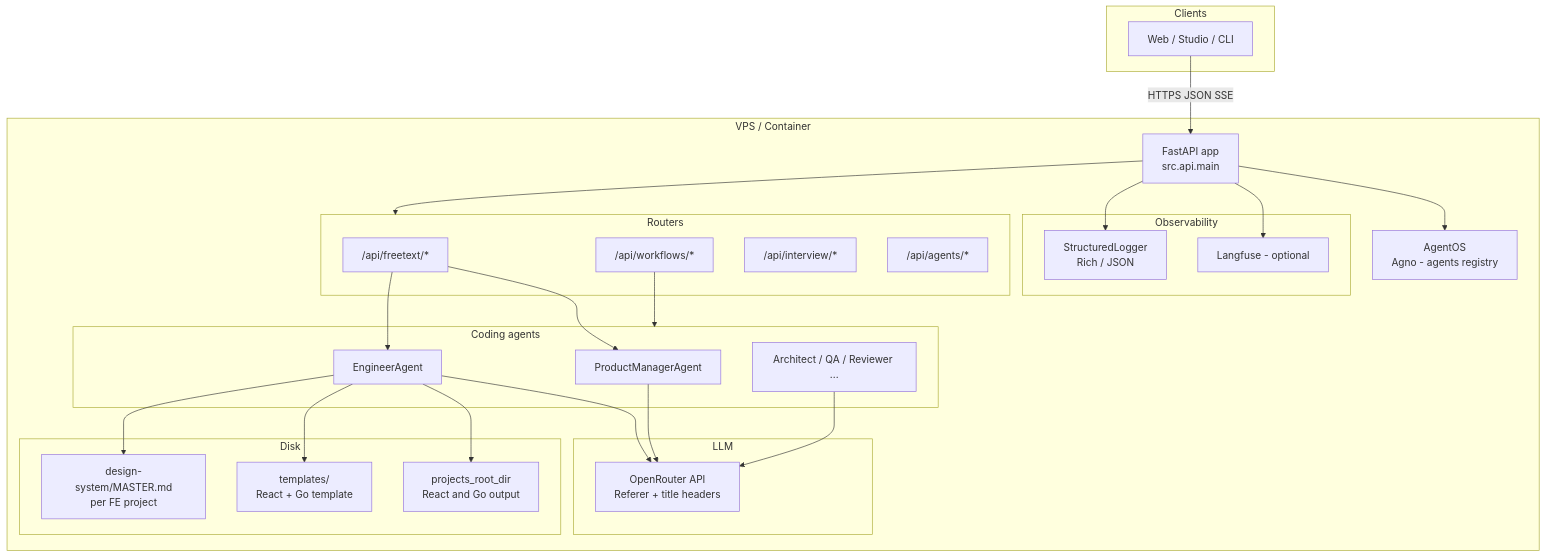
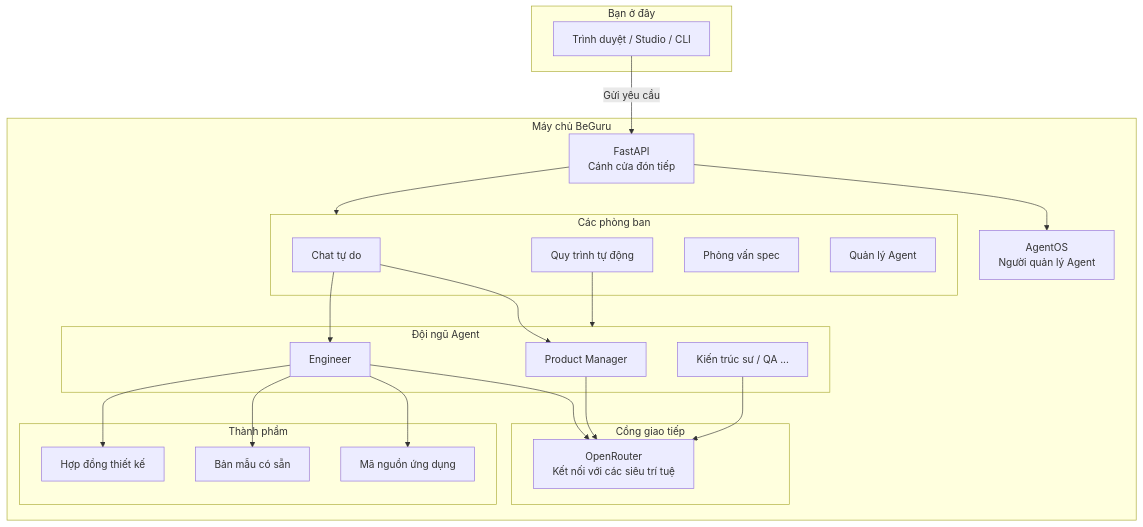
One commit to charlieviettq/charlieviettq.github.io changed the first of 3 diagrams in content/posts/beguru-ai-case-study-runtime-fastapi-agentos.md. Above: the diagram before and after it, drawn with Mermaid. The commit also changed other lines of this file and 11 other files, not shown here.

````diff
--- a/content/posts/beguru-ai-case-study-runtime-fastapi-agentos.md
+++ b/content/posts/beguru-ai-case-study-runtime-fastapi-agentos.md
@@ -22,54 +26,47 @@
 ```mermaid
 flowchart TB
-  subgraph clients [Clients]
-    UI[Web / Studio / CLI]
+  subgraph clients [Bạn ở đây]
+    UI[Trình duyệt / Studio / CLI]
   end
 
-  subgraph vps [VPS / Container]
-    API[FastAPI app\nsrc.api.main]
-    OS[AgentOS\nAgno - agents registry]
+  subgraph vps [Máy chủ BeGuru]
+    API[FastAPI\nCánh cửa đón tiếp]
+    OS[AgentOS\nNgười quản lý Agent]
     API --> OS
 
-    subgraph routes [Routers]
-      FT["/api/freetext/*"]
-      WF["/api/workflows/*"]
-      IV["/api/interview/*"]
-      AG["/api/agents/*"]
+    subgraph routes [Các phòng ban]
+      FT["Chat tự do"]
+      WF["Quy trình tự động"]
+      IV["Phỏng vấn spec"]
+      AG["Quản lý Agent"]
     end
     API --> routes
 
-    subgraph agents [Coding agents]
-      PM[ProductManagerAgent]
-      EN[EngineerAgent]
-      AR[Architect / QA / Reviewer ...]
+    subgraph agents [Đội ngũ Agent]
+      PM[Product Manager]
+      EN[Engineer]
+      AR[Kiến trúc sư / QA ...]
     end
     FT --> PM
     FT --> EN
     WF --> agents
 
-    subgraph llm [LLM]
-      OR[OpenRouter API\nReferer + title headers]
+    subgraph llm [Cổng giao tiếp]
+      OR[OpenRouter\nKết nối với các siêu trí tuệ]
     end
     PM --> OR
     EN --> OR
     AR --> OR
 
-    subgraph disk [Disk]
-      PROJ[projects_root_dir\nReact and Go output]
-      TPL[templates/\nReact + Go template]
-      DS[design-system/MASTER.md\nper FE project]
+    subgraph disk [Thành phẩm]
+      PROJ[Mã nguồn ứng dụng]
+      TPL[Bản mẫu có sẵn]
+      DS[Hợp đồng thiết kế]
     end
     EN --> PROJ
     EN --> TPL
     EN --> DS
-
-    subgraph obs [Observability]
-      LF[Langfuse - optional]
-      LOG[StructuredLogger\nRich / JSON]
-    end
-    API --> LF
-    API --> LOG
   end
 
-  UI -->|HTTPS JSON SSE| API
+  UI -->|Gửi yêu cầu| API
 ```
````
